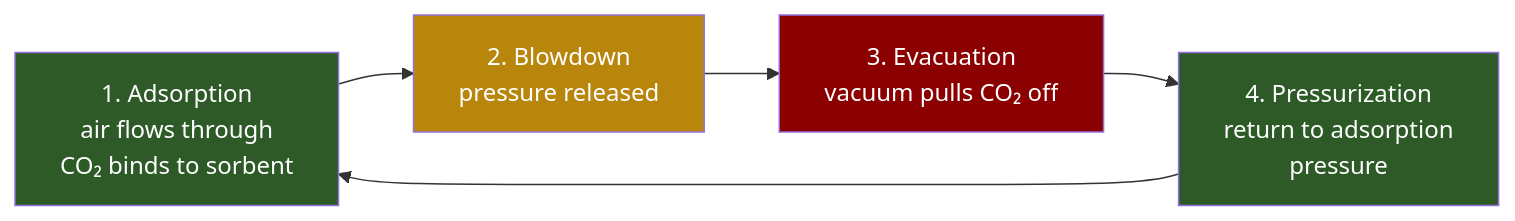
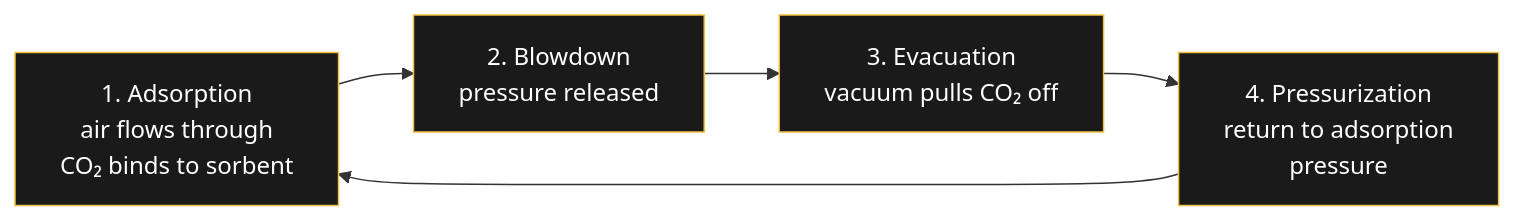
One commit to raulmina1/quartz-garden changed the second of 2 diagrams in content/Engineering/Direct-Air-Capture.md. Above: the diagram before and after it, drawn with Mermaid. The commit also changed other lines of this file and 13 other files, not shown here.

Commit message:
all 10 improvements: dark flowcharts, Plausible analytics, favicon, CNAME for domain, OG images already active

````diff
--- a/content/Engineering/Direct-Air-Capture.md
+++ b/content/Engineering/Direct-Air-Capture.md
@@ -57,12 +57,12 @@
 ```mermaid
 flowchart LR
     A[1. Adsorption<br/>air flows through<br/>CO₂ binds to sorbent] --> B[2. Blowdown<br/>pressure released]
     B --> C[3. Evacuation<br/>vacuum pulls CO₂ off]
     C --> D[4. Pressurization<br/>return to adsorption<br/>pressure]
     D --> A
     
-    style A fill:#2d5a27,color:#fff
-    style B fill:#b8860b,color:#fff
-    style C fill:#8b0000,color:#fff
-    style D fill:#2d5a27,color:#fff
+    style A fill:#1a1a1a,stroke:#f0c040,color:#fff
+    style B fill:#1a1a1a,stroke:#f0c040,color:#fff
+    style C fill:#1a1a1a,stroke:#f0c040,color:#fff
+    style D fill:#1a1a1a,stroke:#f0c040,color:#fff
 ```
````
